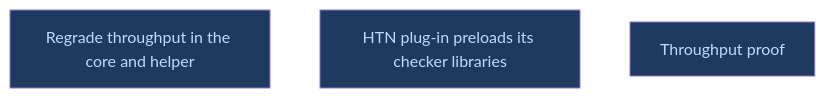
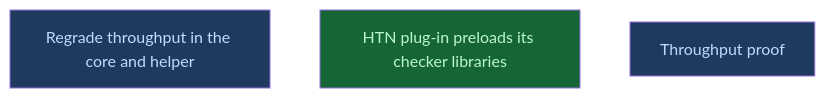
Before and after one commit to CrackingShells/Candler: the diagram in __roadmap__/m2a-evaluation-parity/components/assembly/parity/throughput/README.md, drawn with Mermaid. The commit also changed other lines of this file and 1 other file, not shown here.

Commit message:
rdm(evaluation): mark htn_preload done
Landed in mcp-python-ingestion as 2f5dd387 on feat/candler-htn-plugin
and 9dcbc94b on feat/skill-htn-creator, tagged htn-creator-eval@0.5.1
locally. KP1 205.7 s (291.7 s before), PERF12 rows equal.

````diff
--- a/__roadmap__/m2a-evaluation-parity/components/assembly/parity/throughput/README.md
+++ b/__roadmap__/m2a-evaluation-parity/components/assembly/parity/throughput/README.md
@@ -19,11 +19,11 @@
 ```mermaid
 graph TD
     regrade_throughput[Regrade throughput in the core and helper]:::amendment
-    htn_preload[HTN plug-in preloads its checker libraries]:::amendment
+    htn_preload[HTN plug-in preloads its checker libraries]:::done
     proof[Throughput proof]:::amendment
     classDef done       fill:#166534,color:#bbf7d0
     classDef inprogress fill:#854d0e,color:#fef08a
     classDef planned    fill:#374151,color:#e5e7eb
     classDef amendment  fill:#1e3a5f,color:#bfdbfe
     classDef blocked    fill:#7f1d1d,color:#fecaca
 ```
````
